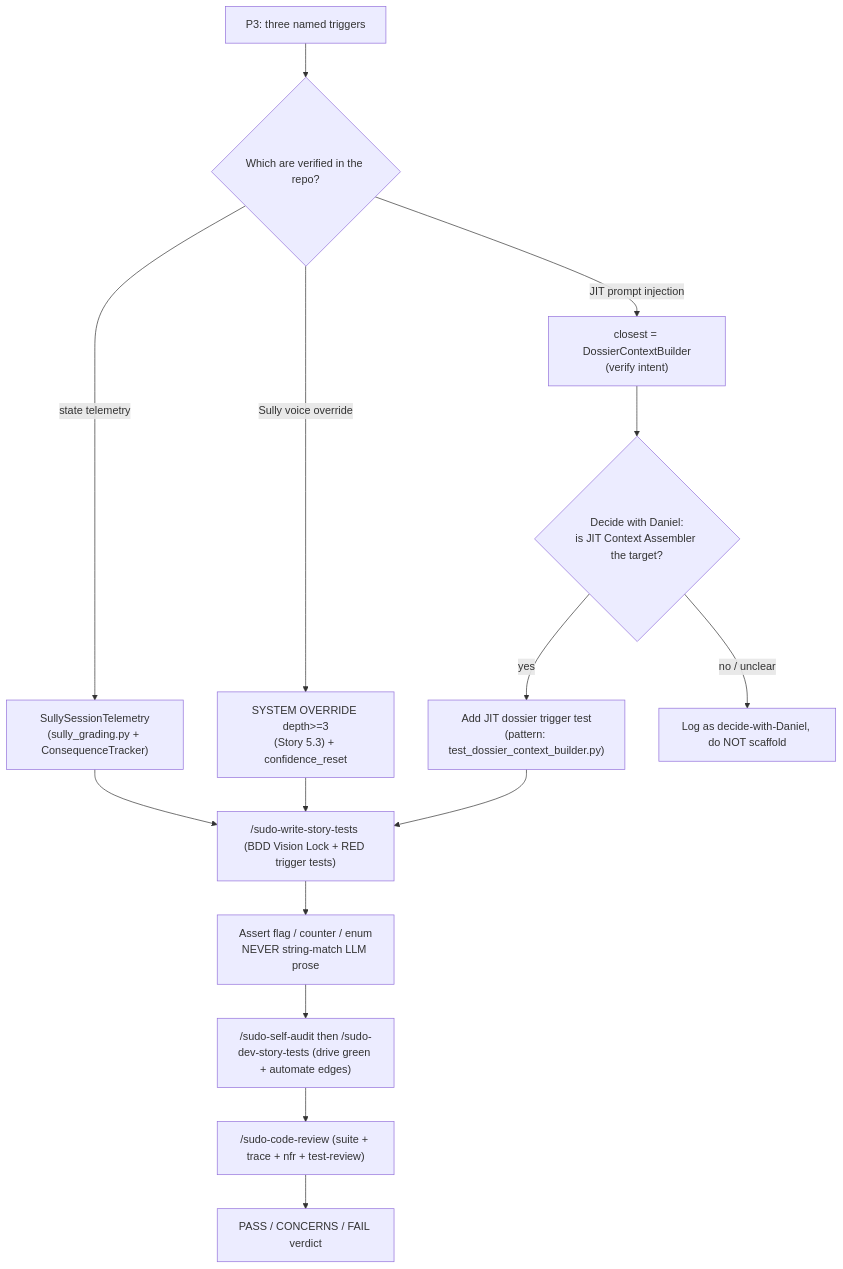
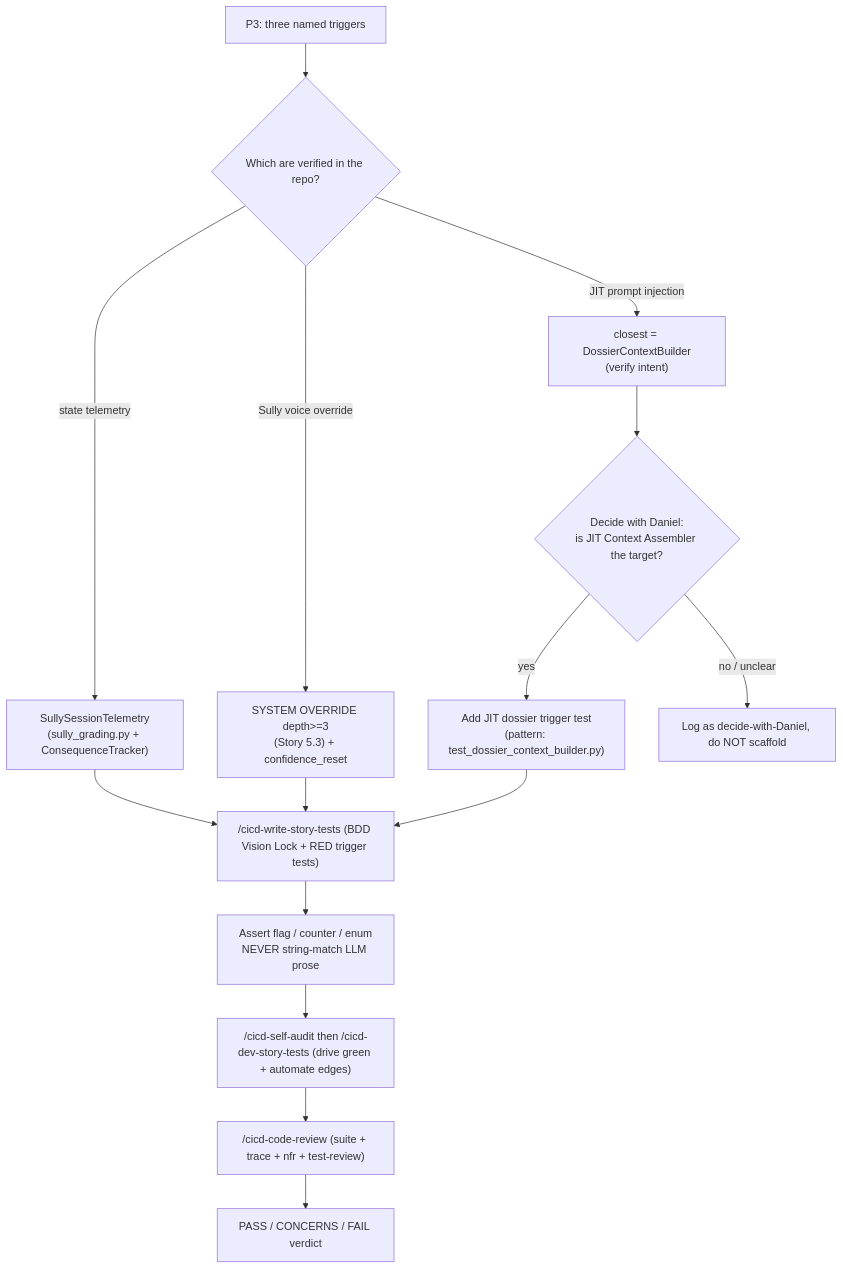
The fifth of 12 diagrams in _my_resources/diagrams_guides/workflows_tea_testing/tea_testing_guide.md (sudomadhatter/Sudo_Hatter_Command), drawn with Mermaid before and after one commit. The commit also changed other lines of this file and 402 other files, not shown here.

````diff
--- a/_my_resources/diagrams_guides/workflows_tea_testing/tea_testing_guide.md
+++ b/_my_resources/diagrams_guides/workflows_tea_testing/tea_testing_guide.md
@@ -346,17 +346,17 @@
 ```mermaid
 flowchart TD
     A["P3: three named triggers"] --> B{"Which are verified in the repo?"}
     B -->|"state telemetry"| T1["SullySessionTelemetry\n(sully_grading.py + ConsequenceTracker)"]
     B -->|"Sully voice override"| T2["SYSTEM OVERRIDE depth&gt;=3\n(Story 5.3) + confidence_reset"]
     B -->|"JIT prompt injection"| T3["closest = DossierContextBuilder\n(verify intent)"]
     T3 --> D{"Decide with Daniel:\nis JIT Context Assembler the target?"}
     D -->|"yes"| T3b["Add JIT dossier trigger test\n(pattern: test_dossier_context_builder.py)"]
     D -->|"no / unclear"| HOLD["Log as decide-with-Daniel, do NOT scaffold"]
-    T1 --> W["/sudo-write-story-tests (BDD Vision Lock + RED trigger tests)"]
+    T1 --> W["/cicd-write-story-tests (BDD Vision Lock + RED trigger tests)"]
     T2 --> W
     T3b --> W
     W --> X["Assert flag / counter / enum\nNEVER string-match LLM prose"]
-    X --> Y["/sudo-self-audit then /sudo-dev-story-tests (drive green + automate edges)"]
-    Y --> Z["/sudo-code-review (suite + trace + nfr + test-review)"]
+    X --> Y["/cicd-self-audit then /cicd-dev-story-tests (drive green + automate edges)"]
+    Y --> Z["/cicd-code-review (suite + trace + nfr + test-review)"]
     Z --> V["PASS / CONCERNS / FAIL verdict"]
 ```
````
